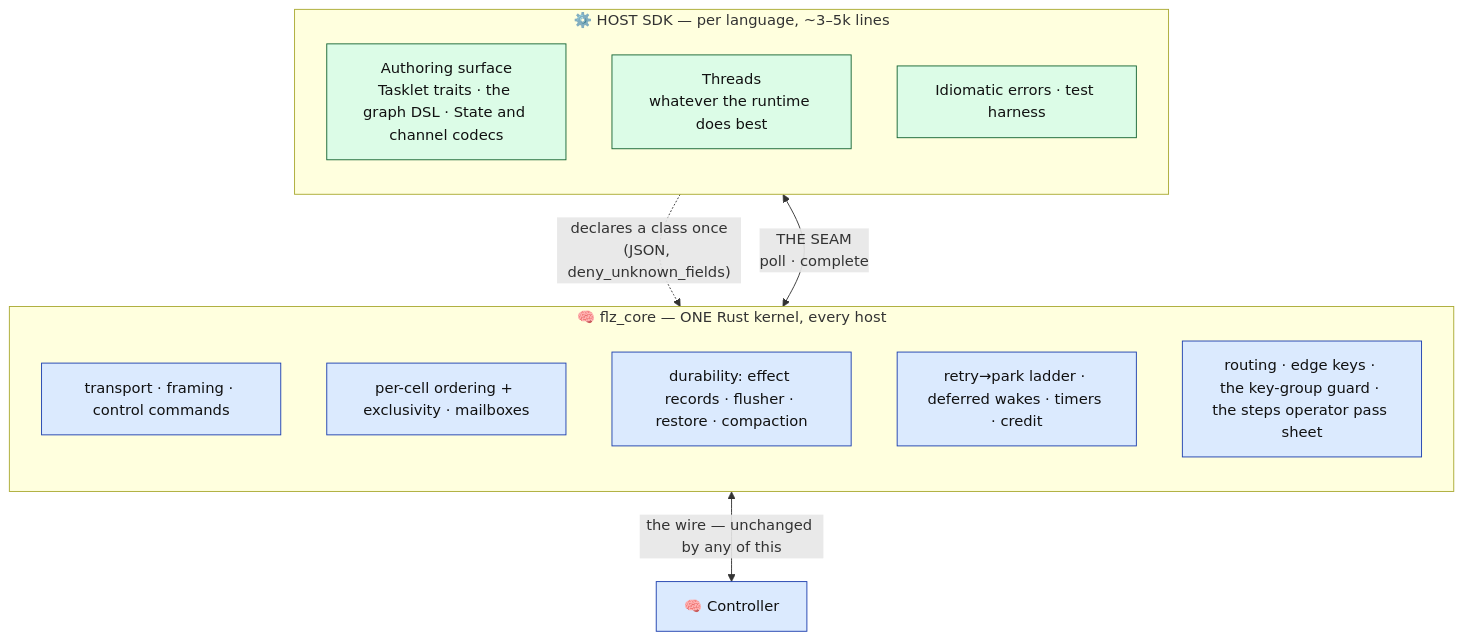
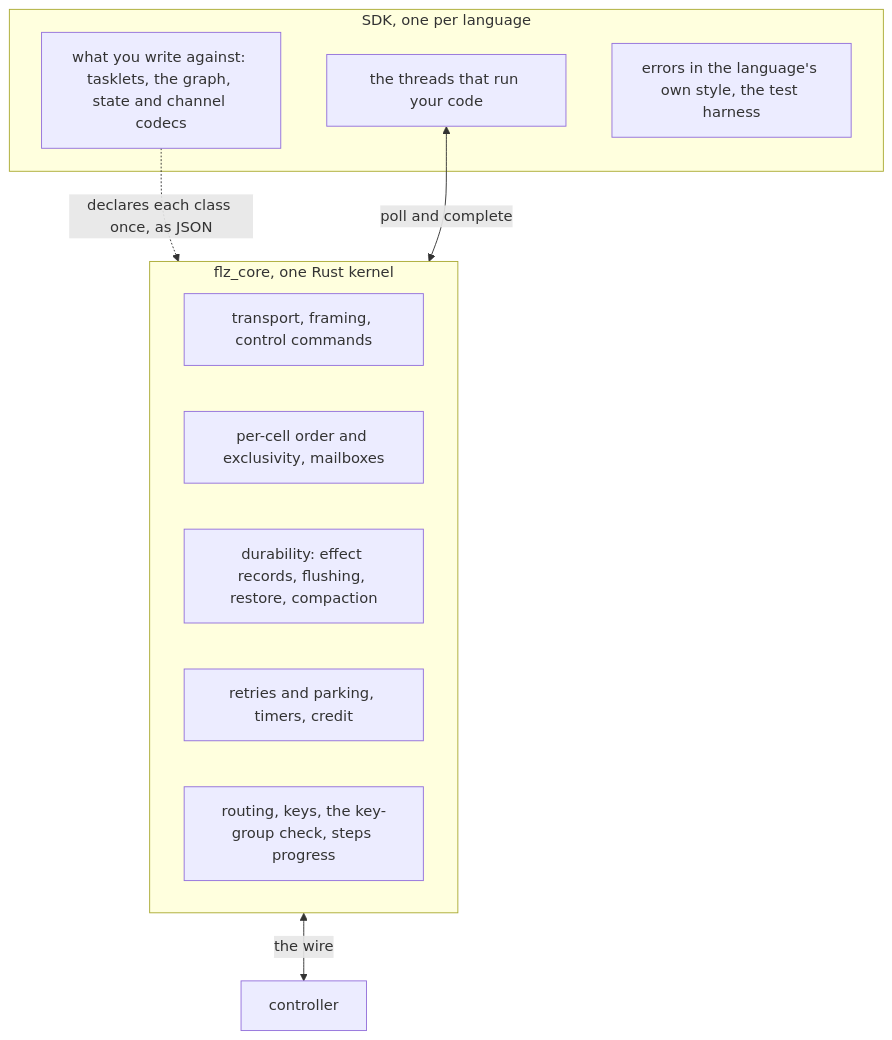
Before and after one commit to Flezha/flezha: the first of 4 diagrams in docs/architecture/runner.md, drawn with Mermaid. The commit also changed other lines of this file and 10 other files, not shown here.

First line of the commit message:
Publish the architecture pages as their own chapter in the docs

````diff
--- a/docs/architecture/runner.md
+++ b/docs/architecture/runner.md
@@ -22,27 +36,19 @@
 ```mermaid
 flowchart TB
-    subgraph HOST["⚙️ HOST SDK — per language, ~3–5k lines"]
-        direction TB
-        AUTH["Authoring surface<br/>Tasklet traits · the graph DSL · State and channel codecs"]:::exec
-        THREADS["Threads<br/>whatever the runtime does best"]:::exec
-        TEST["Idiomatic errors · test harness"]:::exec
+    subgraph HOST["SDK, one per language"]
+        AUTH["what you write against: tasklets, the graph, state and channel codecs"]
+        THREADS["the threads that run your code"]
+        TEST["errors in the language's own style, the test harness"]
     end
-
-    subgraph CORE["🧠 flz_core — ONE Rust kernel, every host"]
-        direction TB
-        C1["transport · framing · control commands"]:::ctrl
-        C2["per-cell ordering + exclusivity · mailboxes"]:::ctrl
-        C3["durability: effect records · flusher · restore · compaction"]:::ctrl
-        C4["retry→park ladder · deferred wakes · timers · credit"]:::ctrl
-        C5["routing · edge keys · the key-group guard · the steps operator pass sheet"]:::ctrl
+    subgraph CORE["flz_core, one Rust kernel"]
+        C1["transport, framing, control commands"]
+        C2["per-cell order and exclusivity, mailboxes"]
+        C3["durability: effect records, flushing, restore, compaction"]
+        C4["retries and parking, timers, credit"]
+        C5["routing, keys, the key-group check, steps progress"]
     end
-
-    CTRL["🧠 Controller"]:::ctrl
-
-    AUTH -.->|"declares a class once<br/>(JSON, deny_unknown_fields)"| CORE
-    THREADS <-->|"THE SEAM<br/>poll · complete"| CORE
-    CORE <-->|"the wire — unchanged by any of this"| CTRL
-
-    classDef ctrl fill:#dbeafe,stroke:#1e40af,color:#111
-    classDef exec fill:#dcfce7,stroke:#166534,color:#111
+    CTRL["controller"]
+    AUTH -.->|"declares each class once, as JSON"| CORE
+    THREADS <-->|"poll and complete"| CORE
+    CORE <-->|"the wire"| CTRL
 ```
````
